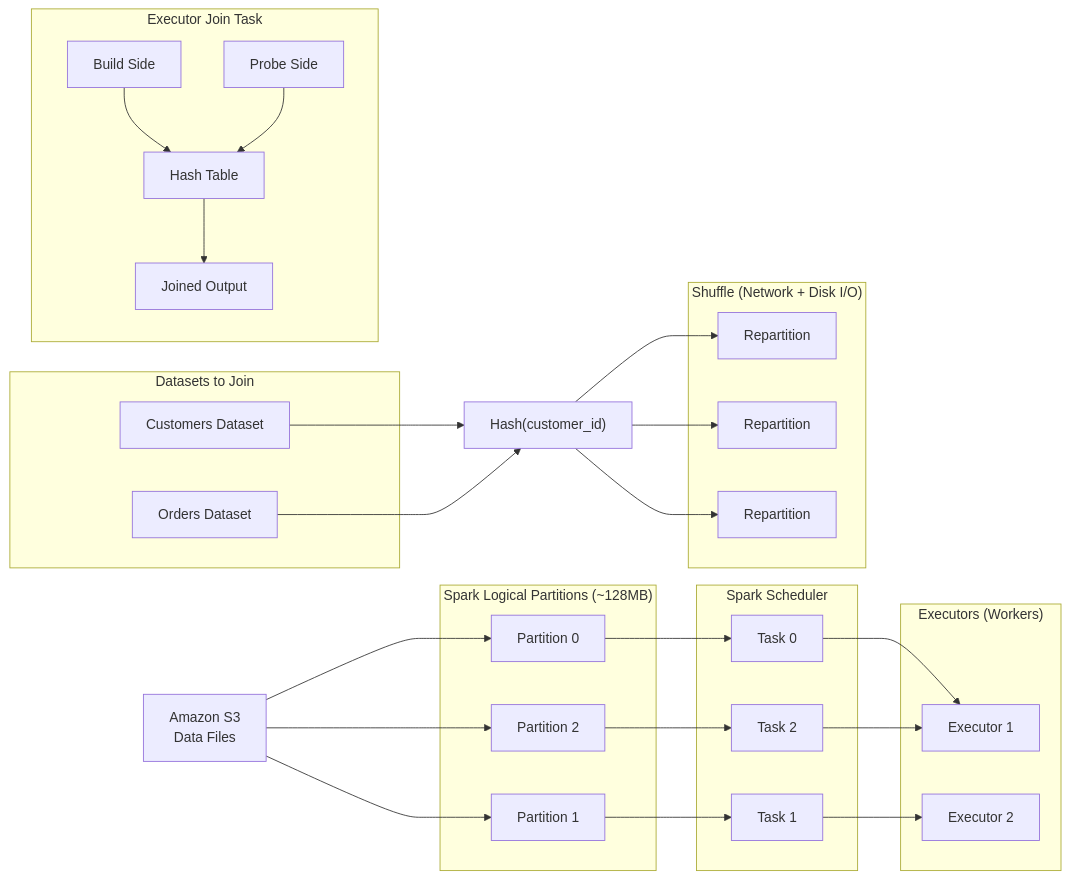
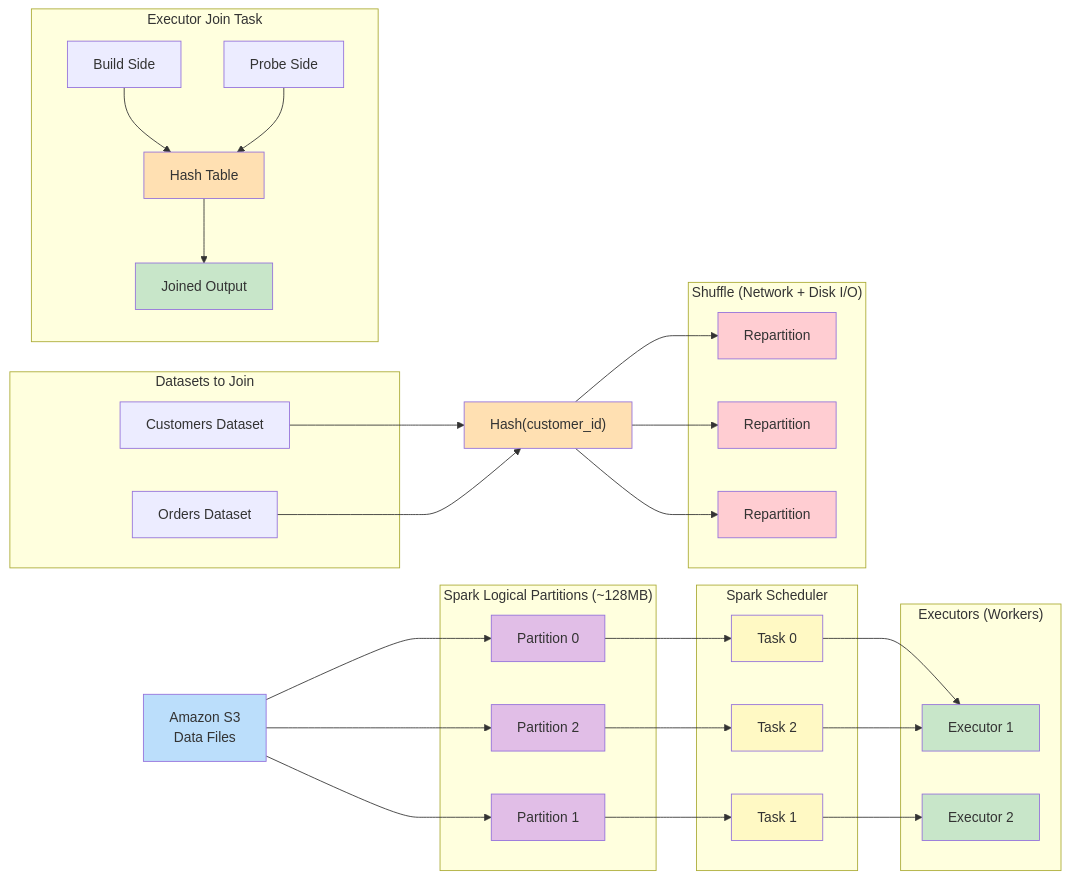
Before and after one commit to amareswar-n/DataEngineering: the diagram in 03_Processing_Pipelines/Spark/SparkDataRead.md, drawn with Mermaid.

````diff
--- a/03_Processing_Pipelines/Spark/SparkDataRead.md
+++ b/03_Processing_Pipelines/Spark/SparkDataRead.md
@@ -3,4 +3,6 @@
 ```mermaid
+%%{init: {'theme':'default'}}%%
+
 flowchart LR
 
 %% DATA SOURCE
@@ -17,7 +19,7 @@
 A --> P2
 A --> P3
 
-%% TASK SCHEDULING
+%% SCHEDULER
 subgraph Scheduler["Spark Scheduler"]
 T1["Task 0"]
 T2["Task 1"]
@@ -44,7 +46,7 @@
 O["Orders Dataset"]
 end
 
-%% HASH PARTITION
+%% HASH
 H["Hash(customer_id)"]
 
 C --> H
@@ -61,7 +63,7 @@
 H --> S2
 H --> S3
 
-%% JOIN EXECUTION
+%% JOIN
 subgraph Join["Executor Join Task"]
 B["Build Side"]
 HT["Hash Table"]
@@ -72,4 +74,27 @@
 B --> HT
 P --> HT
 HT --> J
+
+%% BOX COLORS
+style A fill:#BBDEFB
+style P1 fill:#E1BEE7
+style P2 fill:#E1BEE7
+style P3 fill:#E1BEE7
+
+style T1 fill:#FFF9C4
+style T2 fill:#FFF9C4
+style T3 fill:#FFF9C4
+
+style E1 fill:#C8E6C9
+style E2 fill:#C8E6C9
+
+style H fill:#FFE0B2
+
+style S1 fill:#FFCDD2
+style S2 fill:#FFCDD2
+style S3 fill:#FFCDD2
+
+style HT fill:#FFE0B2
+style J fill:#C8E6C9
+
 ```
````
